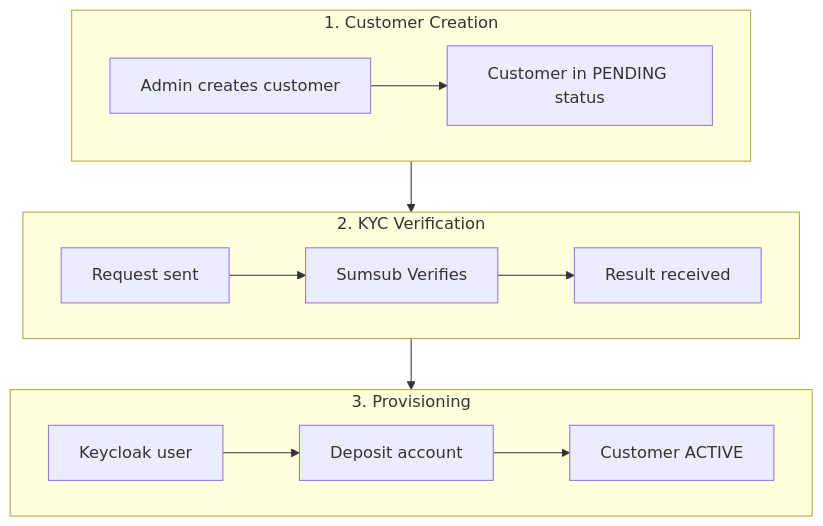
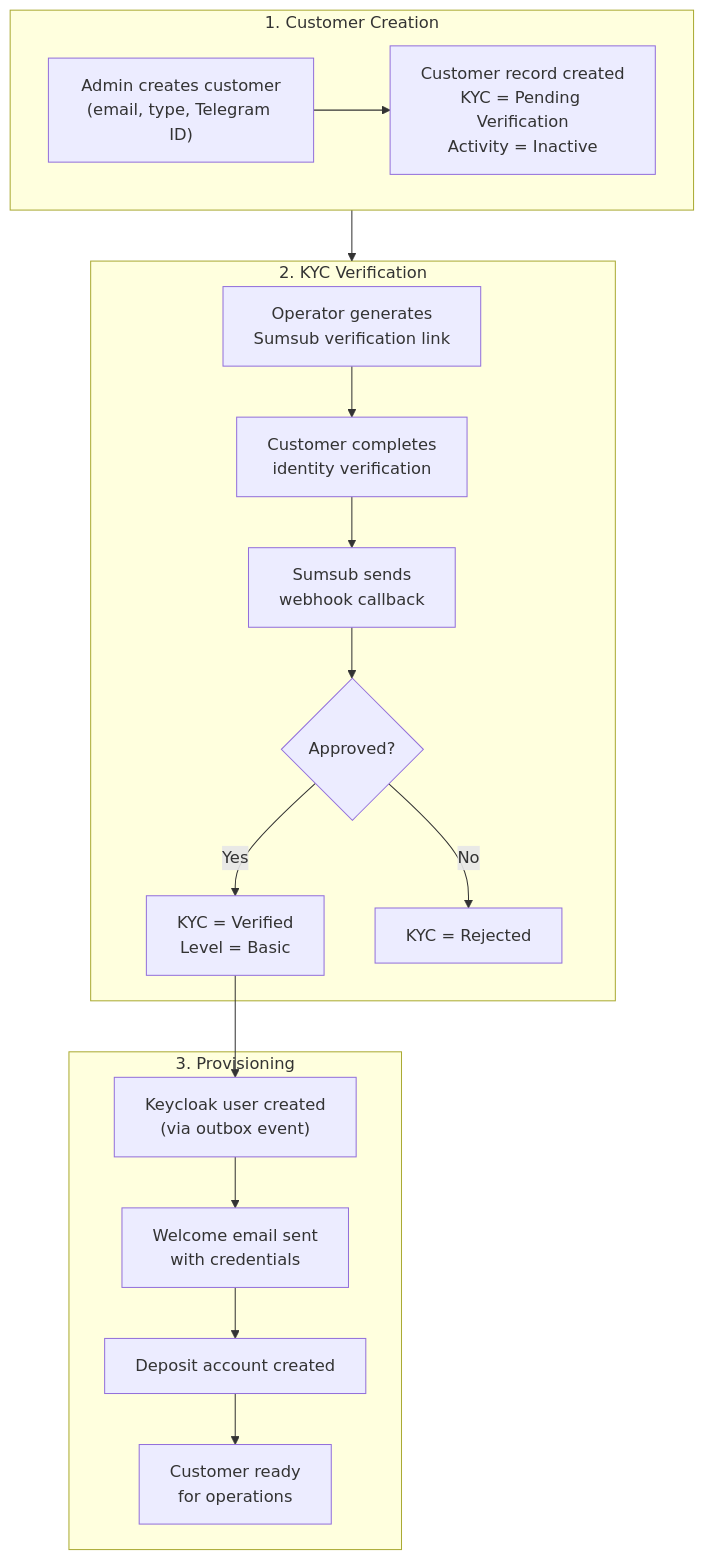
The diagram in docs-site/docs/technical-documentation/customers/onboarding.md (GaloyMoney/lana-bank), drawn with Mermaid before and after one commit. The commit also changed other lines of this file and 19 other files, not shown here.

````diff
--- a/docs-site/docs/technical-documentation/customers/onboarding.md
+++ b/docs-site/docs/technical-documentation/customers/onboarding.md
@@ -13,13 +13,19 @@
 ```mermaid
 graph TD
     subgraph S1["1. Customer Creation"]
-        CREATE["Admin creates customer"] --> PENDING["Customer in PENDING status"]
+        CREATE["Admin creates customer<br/>(email, type, Telegram ID)"] --> PENDING["Customer record created<br/>KYC = Pending Verification<br/>Activity = Inactive"]
     end
     subgraph S2["2. KYC Verification"]
-        REQ["Request sent"] --> SUMSUB["Sumsub Verifies"] --> RESULT["Result received"]
+        LINK["Operator generates<br/>Sumsub verification link"] --> CUST["Customer completes<br/>identity verification"] --> HOOK["Sumsub sends<br/>webhook callback"]
+        HOOK --> RESULT{Approved?}
+        RESULT -->|Yes| APPROVED["KYC = Verified<br/>Level = Basic"]
+        RESULT -->|No| REJECTED["KYC = Rejected"]
     end
     subgraph S3["3. Provisioning"]
-        KC["Keycloak user"] --> DEPACC["Deposit account"] --> ACTIVE["Customer ACTIVE"]
+        APPROVED --> KC["Keycloak user created<br/>(via outbox event)"]
+        KC --> EMAIL["Welcome email sent<br/>with credentials"]
+        EMAIL --> DEPACC["Deposit account created"]
+        DEPACC --> ACTIVE["Customer ready<br/>for operations"]
     end
-    S1 --> S2 --> S3
+    S1 --> S2
 ```
````
